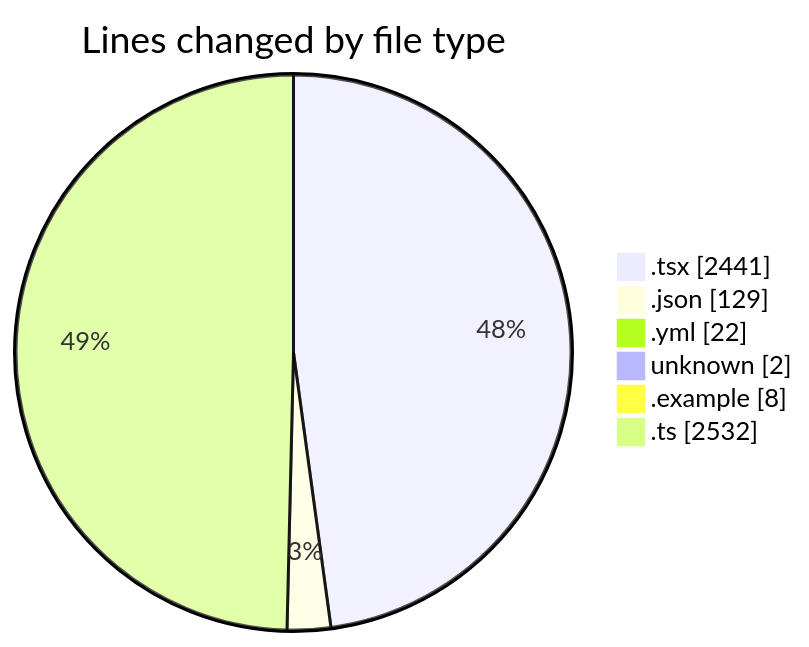
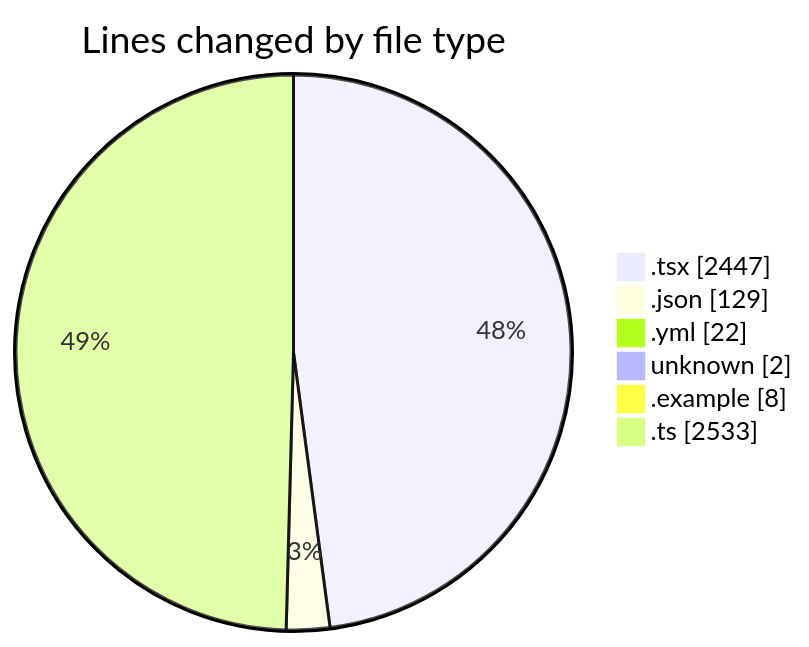
One commit to julien-gomy/code-tracking changed the first of 2 diagrams in 2025-11-21/eventscop-frontend-guide__workspace_/README.md. Above: the diagram before and after it, drawn with Mermaid. The commit also changed other lines of this file and 1 other file, not shown here.

````diff
--- a/2025-11-21/eventscop-frontend-guide__workspace_/README.md
+++ b/2025-11-21/eventscop-frontend-guide__workspace_/README.md
@@ -56,10 +56,10 @@
 ```mermaid
 pie showData
 title Lines changed by file type
-".tsx" : 2441
+".tsx" : 2447
 ".json" : 129
 ".yml" : 22
 "unknown" : 2
 ".example" : 8
-".ts" : 2532
+".ts" : 2533
 ```
````
